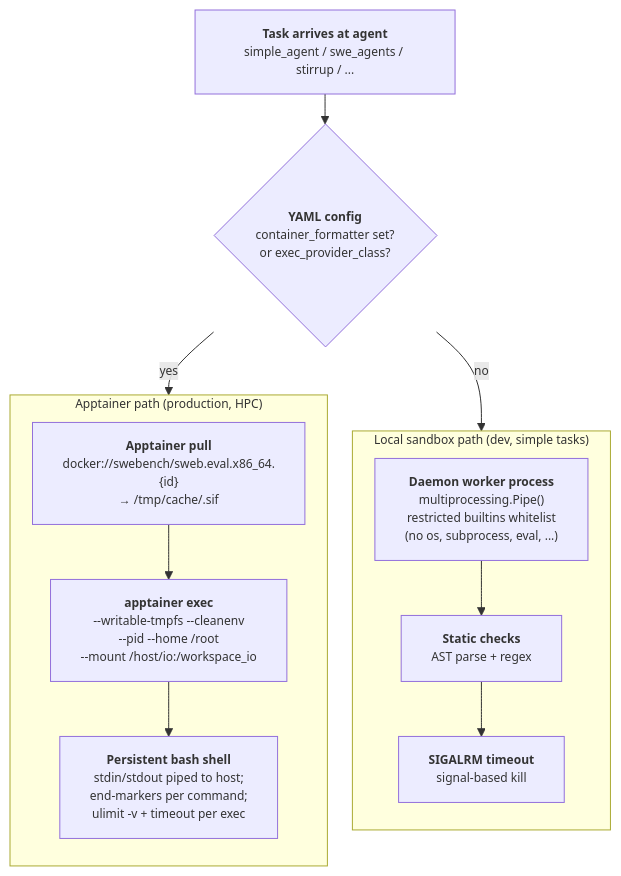
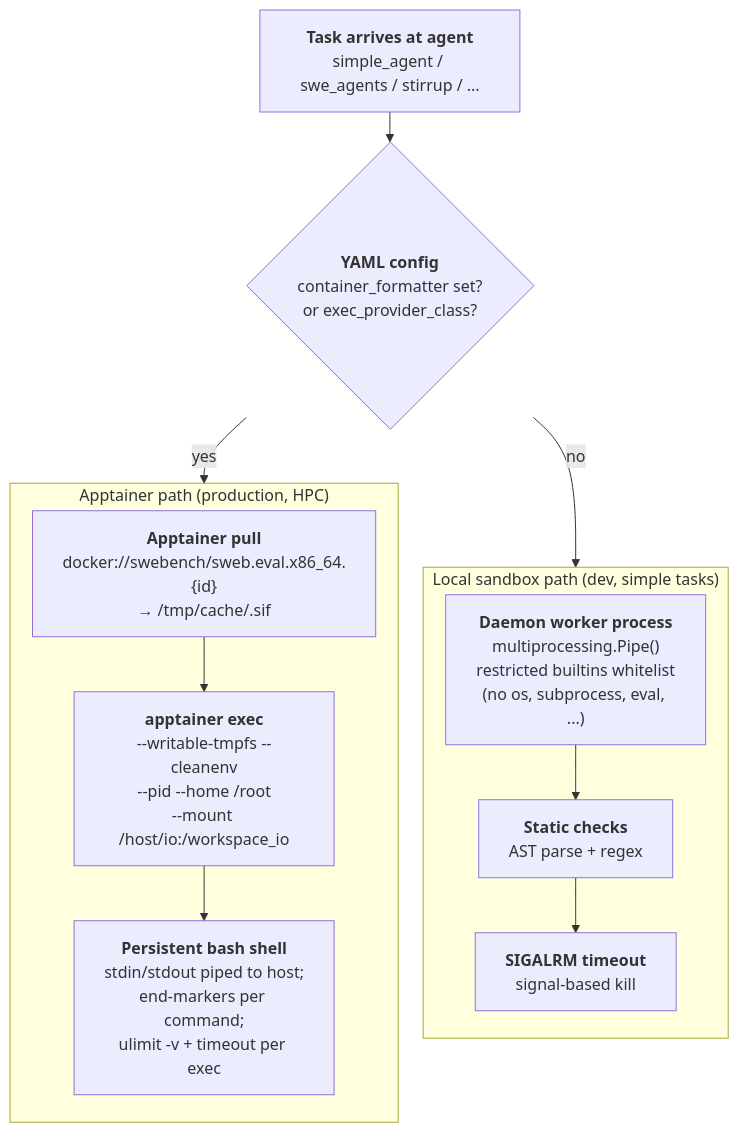
One commit to shikicloud/MLSys changed the second of 2 diagrams in EN/wiki/agentic-rl/nemo-gym.md. Above: the diagram before and after it, drawn with Mermaid. The commit also changed other lines of this file and 6 other files, not shown here.

First line of the commit message:
Fix Mermaid diagram rendering in dark mode

````diff
--- a/EN/wiki/agentic-rl/nemo-gym.md
+++ b/EN/wiki/agentic-rl/nemo-gym.md
@@ -255,26 +255,26 @@
 ```mermaid
-%%{init: {'theme':'default','flowchart':{'nodeSpacing':25,'rankSpacing':30},'themeVariables':{'fontSize':'12px'}}}%%
+%%{init: {'flowchart':{'nodeSpacing':25,'rankSpacing':30}}}%%
 flowchart TB
     TASK["<b>Task arrives at agent</b><br/>simple_agent / swe_agents / stirrup / ..."]
     BRANCH{"<b>YAML config</b><br/>container_formatter set?<br/>or exec_provider_class?"}
 
     subgraph APPTAINER["Apptainer path (production, HPC)"]
         direction TB
         PULL["<b>Apptainer pull</b><br/>docker://swebench/sweb.eval.x86_64.{id}<br/>→ /tmp/cache/<id>.sif"]
         EXEC["<b>apptainer exec</b><br/>--writable-tmpfs --cleanenv<br/>--pid --home /root<br/>--mount /host/io:/workspace_io"]
         SHELL["<b>Persistent bash shell</b><br/>stdin/stdout piped to host;<br/>end-markers per command;<br/>ulimit -v + timeout per exec"]
         PULL --> EXEC --> SHELL
     end
 
     subgraph LOCAL["Local sandbox path (dev, simple tasks)"]
         direction TB
         WORKER["<b>Daemon worker process</b><br/>multiprocessing.Pipe()<br/>restricted builtins whitelist<br/>(no os, subprocess, eval, ...)"]
         VALIDATE["<b>Static checks</b><br/>AST parse + regex"]
         ALARM["<b>SIGALRM timeout</b><br/>signal-based kill"]
         WORKER --> VALIDATE --> ALARM
     end
 
     TASK --> BRANCH
     BRANCH -->|yes| APPTAINER
     BRANCH -->|no| LOCAL
 ```
````
